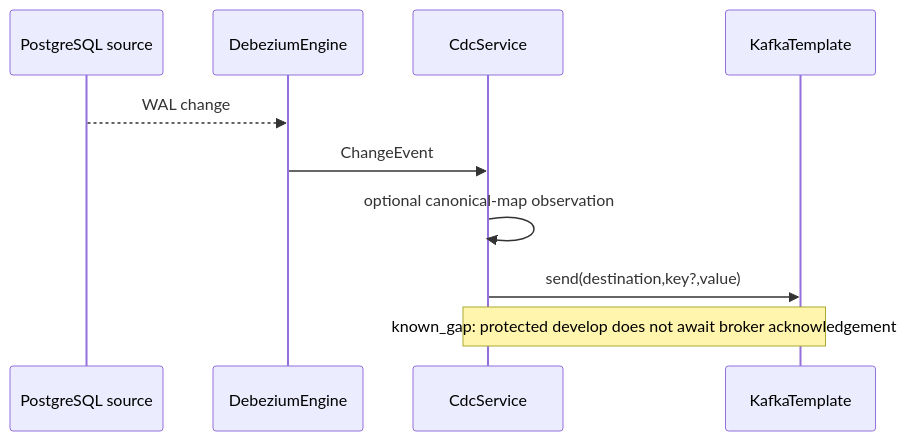
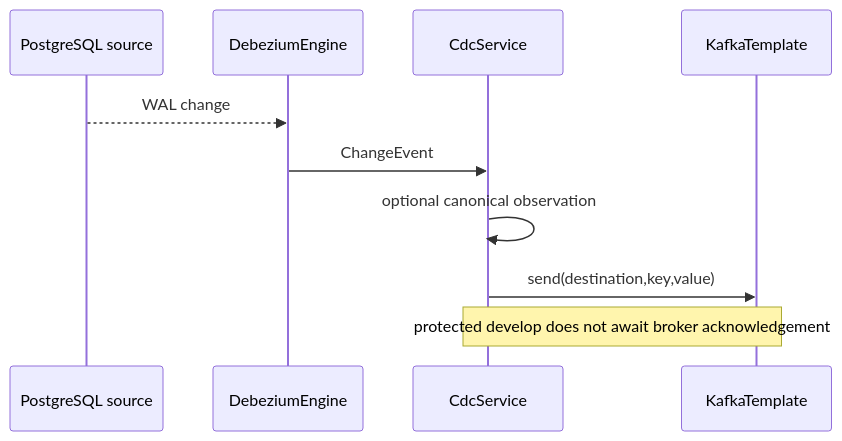
The seventh of 16 diagrams in docs/UML.md (ContextualWisdomLab/mightyETL), drawn with Mermaid before and after one commit. The commit also changed other lines of this file, not shown here.

Commit message:
docs: add identity recovery DLT and release UML

````diff
--- a/docs/UML.md
+++ b/docs/UML.md
@@ -176,13 +164,13 @@
 ```mermaid
 sequenceDiagram
     participant PG as PostgreSQL source
     participant DBZ as DebeziumEngine
     participant CDC as CdcService
     participant Kafka as KafkaTemplate
 
     PG-->>DBZ: WAL change
     DBZ->>CDC: ChangeEvent
-    CDC->>CDC: optional canonical-map observation
-    CDC->>Kafka: send(destination,key?,value)
-    Note over CDC,Kafka: known_gap: protected develop does not await broker acknowledgement
+    CDC->>CDC: optional canonical observation
+    CDC->>Kafka: send(destination,key,value)
+    Note over CDC,Kafka: protected develop does not await broker acknowledgement
 ```
````
